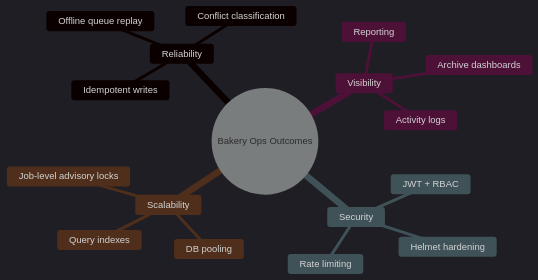
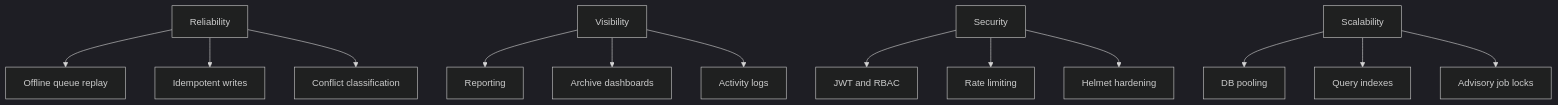
Before and after one commit to Asout3/bakery-ops-app: the first of 6 diagrams in README.md, drawn with Mermaid (dark theme). The commit also changed other lines of this file and 23 other files, not shown here.

Commit message:
Remove batch sync columns and harden README diagrams

````diff
--- a/README.md
+++ b/README.md
@@ -44,20 +44,15 @@
 ```mermaid
-mindmap
-  root((Bakery Ops Outcomes))
-    Reliability
-      Offline queue replay
-      Idempotent writes
-      Conflict classification
-    Visibility
-      Reporting
-      Archive dashboards
-      Activity logs
-    Security
-      JWT + RBAC
-      Rate limiting
-      Helmet hardening
-    Scalability
-      DB pooling
-      Query indexes
-      Job-level advisory locks
+flowchart TB
+  A[Reliability] --> A1[Offline queue replay]
+  A --> A2[Idempotent writes]
+  A --> A3[Conflict classification]
+  B[Visibility] --> B1[Reporting]
+  B --> B2[Archive dashboards]
+  B --> B3[Activity logs]
+  C[Security] --> C1[JWT and RBAC]
+  C --> C2[Rate limiting]
+  C --> C3[Helmet hardening]
+  D[Scalability] --> D1[DB pooling]
+  D --> D2[Query indexes]
+  D --> D3[Advisory job locks]
 ```
````
